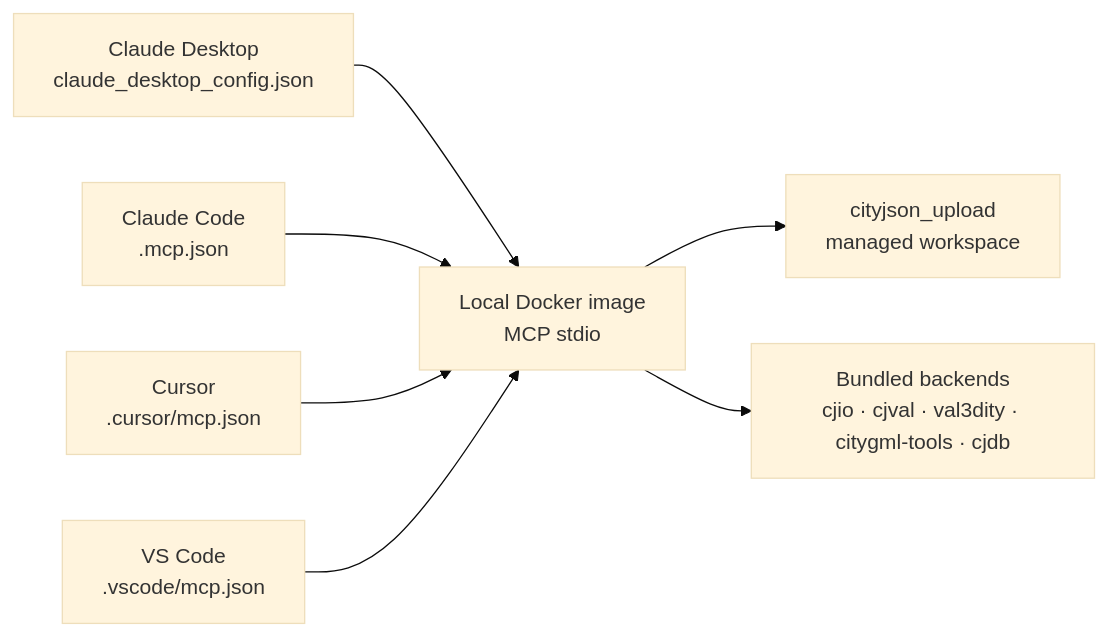
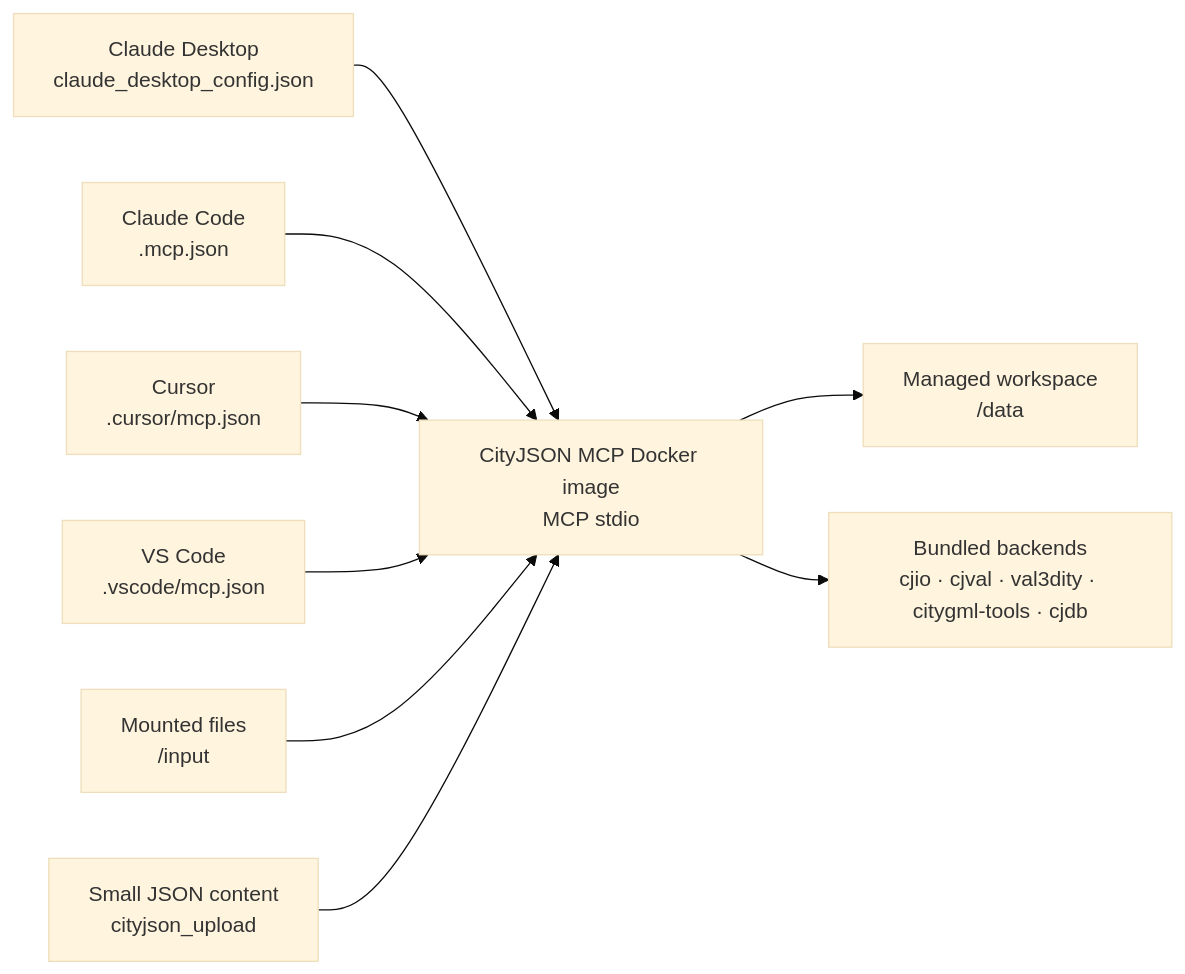
The third of 4 diagrams in README.md (Yarroudh/cityjson-mcp), drawn with Mermaid (base theme) before and after one commit. The commit also changed other lines of this file and 13 other files, not shown here.

Commit message:
ci: publish multi-platform Docker image

````diff
--- a/README.md
+++ b/README.md
@@ -380,17 +427,21 @@
 ```mermaid
 flowchart LR
   CLAUDE["Claude Desktop<br/>claude_desktop_config.json"]
   CLAUDECODE["Claude Code<br/>.mcp.json"]
   CURSOR["Cursor<br/>.cursor/mcp.json"]
   VSCODE["VS Code<br/>.vscode/mcp.json"]
-  DOCKER["Local Docker image<br/>MCP stdio"]
-  UPLOAD["cityjson_upload<br/>managed workspace"]
+  DOCKER["CityJSON MCP Docker image<br/>MCP stdio"]
+  INPUT["Mounted files<br/>/input"]
+  UPLOAD["Small JSON content<br/>cityjson_upload"]
+  WS["Managed workspace<br/>/data"]
   TOOLS["Bundled backends<br/>cjio · cjval · val3dity · citygml-tools · cjdb"]
 
   CLAUDE --> DOCKER
   CLAUDECODE --> DOCKER
   CURSOR --> DOCKER
   VSCODE --> DOCKER
-  DOCKER --> UPLOAD
+  INPUT --> DOCKER
+  UPLOAD --> DOCKER
+  DOCKER --> WS
   DOCKER --> TOOLS
 ```
````
